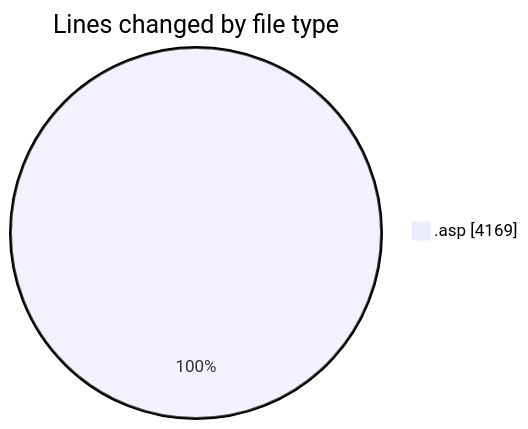
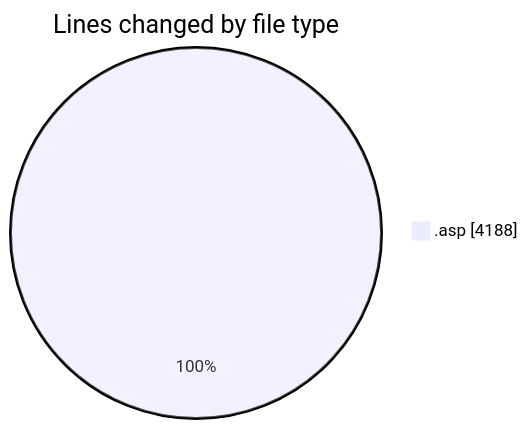
Before and after one commit to julien-gomy/code-tracking: the first of 2 diagrams in 2025-11-04/cdp_aleoudev_fr__workspace_/README.md, drawn with Mermaid. The commit also changed other lines of this file and 1 other file, not shown here.

````diff
--- a/2025-11-04/cdp_aleoudev_fr__workspace_/README.md
+++ b/2025-11-04/cdp_aleoudev_fr__workspace_/README.md
@@ -21,5 +21,5 @@
 ```mermaid
 pie showData
 title Lines changed by file type
-".asp" : 4169
+".asp" : 4188
 ```
````
